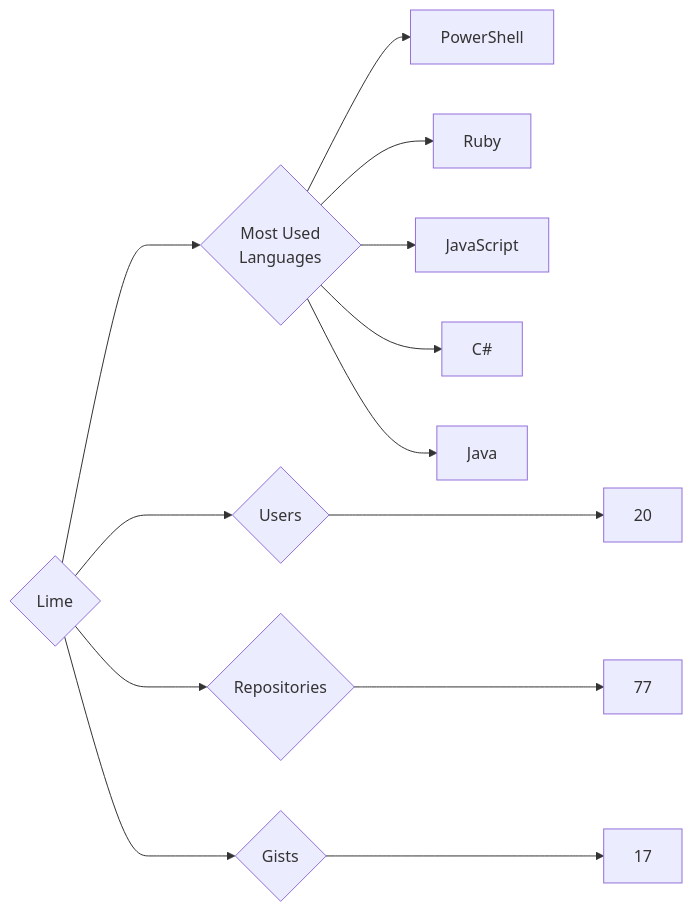
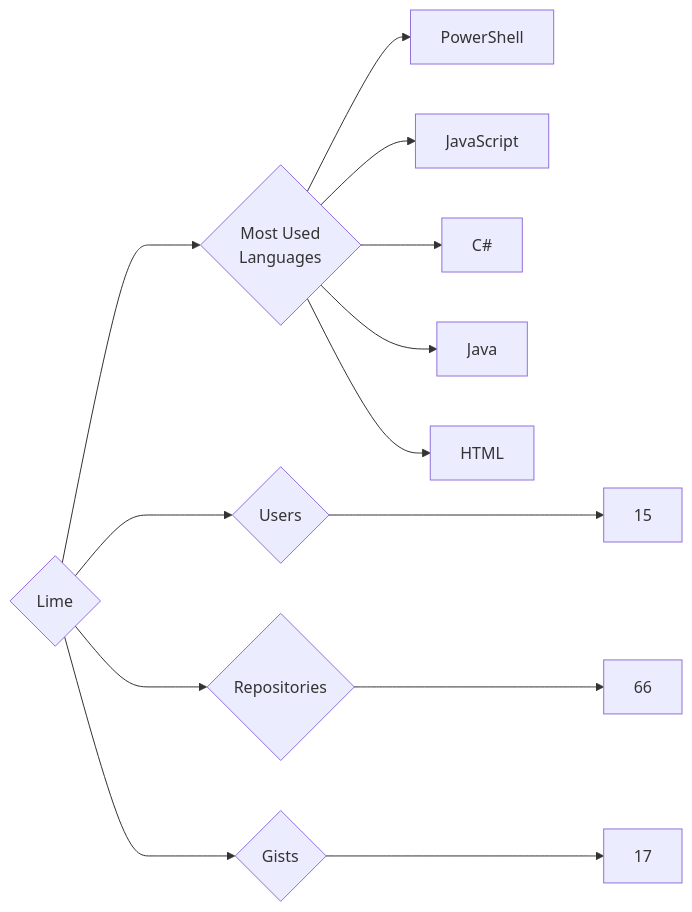
One commit to trickest/insiders changed the diagram in targets/Lime/README.md. Above: the diagram before and after it, drawn with Mermaid. The commit also changed 927 other files, not shown here.

````diff
--- a/targets/Lime/README.md
+++ b/targets/Lime/README.md
@@ -3,13 +3,13 @@
 ```mermaid
 graph LR
 COMPANY_NAME{Lime}
-COMPANY_NAME ---> U{Users} ---> UN[20]
-COMPANY_NAME ---> R{Repositories} ---> RN[77]
+COMPANY_NAME ---> U{Users} ---> UN[15]
+COMPANY_NAME ---> R{Repositories} ---> RN[66]
 COMPANY_NAME ---> G{Gists} ---> GN[17]
 COMPANY_NAME ---> ML{Most Used<br>Languages}
 ML --> PowerShell[PowerShell]
-ML --> Ruby[Ruby]
 ML --> JavaScript[JavaScript]
 ML --> C#[C#]
 ML --> Java[Java]
+ML --> HTML[HTML]
 ```
````
